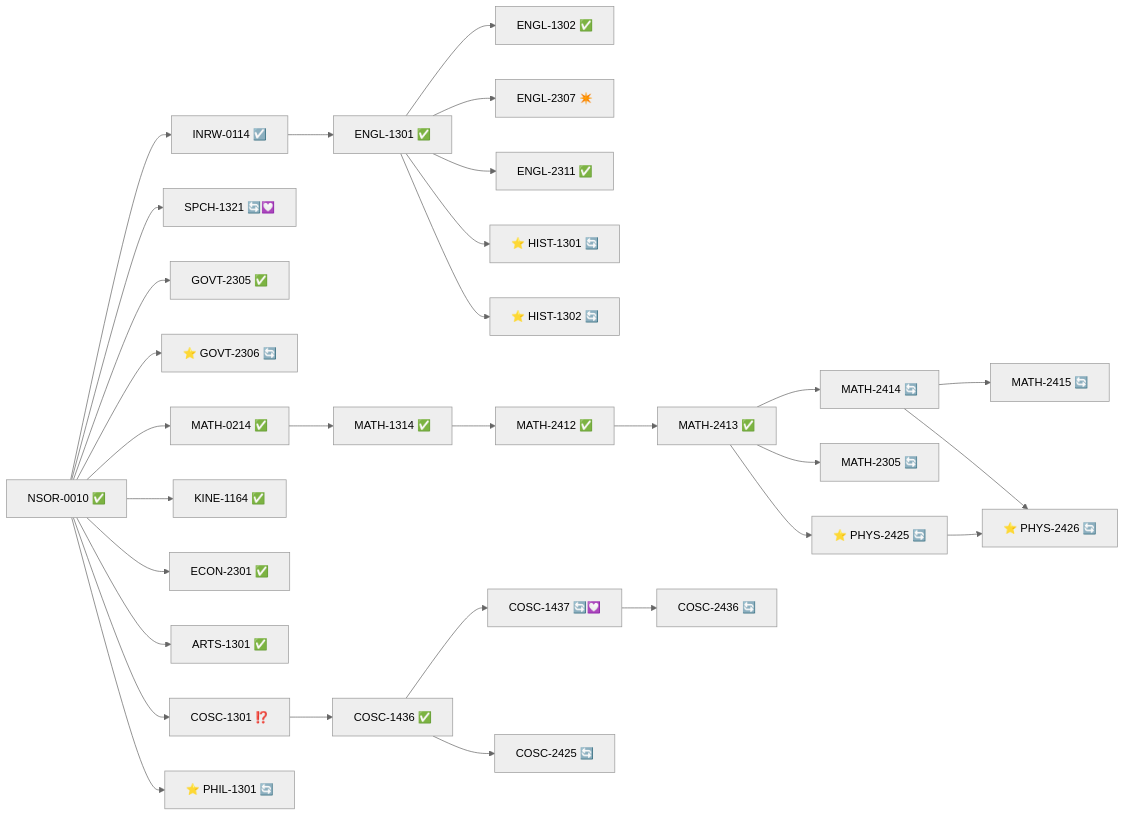
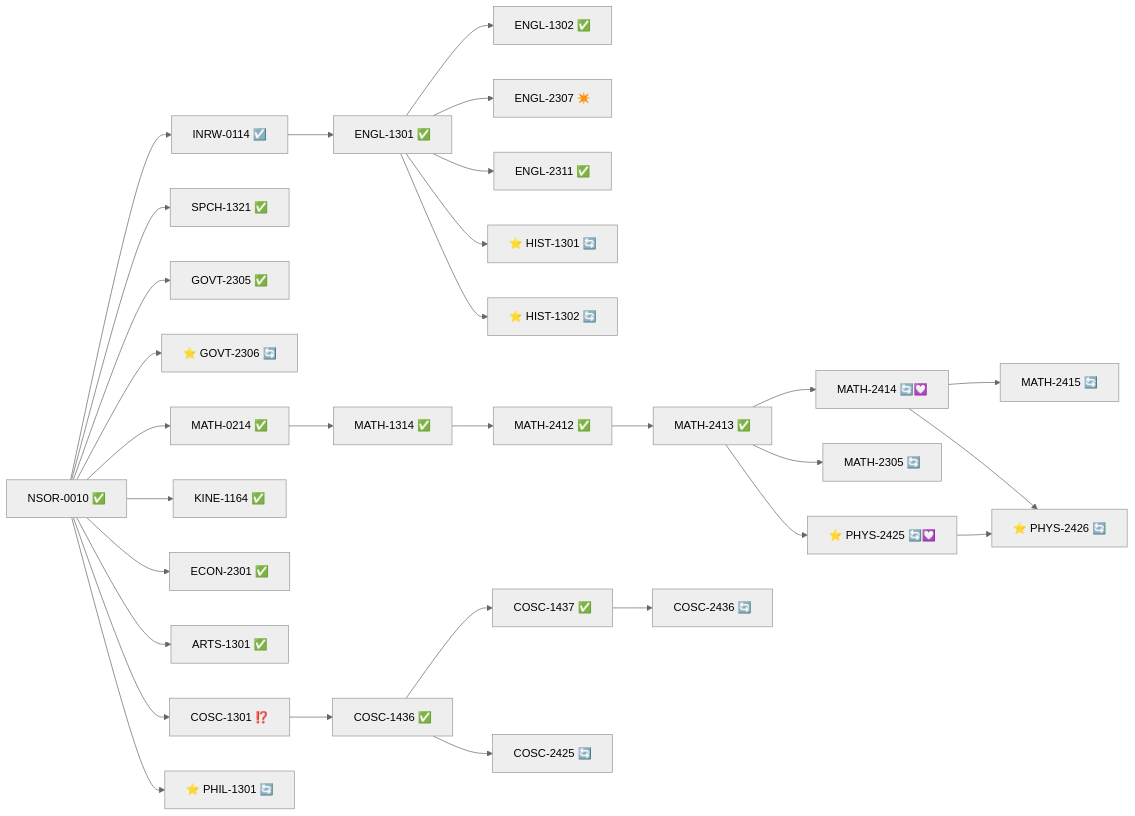
Before and after one commit to Oxymoron290/Oxymoron290: the first of 3 diagrams in DegreePlan.md, drawn with Mermaid (neutral theme).

Commit message:
Update SPCH-1321 and COSC-1437 statuses in DegreePlan

````diff
--- a/DegreePlan.md
+++ b/DegreePlan.md
@@ -21,22 +21,22 @@
 ```mermaid
 graph LR;
   A[NSOR-0010 ✅]
   A-->B0[INRW-0114 ☑️]-->B1[ENGL-1301 ✅]-->B2[ENGL-1302 ✅]
   B1-->B4[ENGL-2307 ✴️]
   B1-->B3[ENGL-2311 ✅]
   B1-->M1[⭐ HIST-1301 🔄]
   B1-->M2[⭐ HIST-1302 🔄]
-  A-->D[SPCH-1321 🔄💟]
+  A-->D[SPCH-1321 ✅]
   A-->E[GOVT-2305 ✅]
   A-->F[⭐ GOVT-2306 🔄]
   C5-->C7[MATH-2415 🔄]
-  A-->C1[MATH-0214 ✅]-->C2[MATH-1314 ✅]-->C3[MATH-2412 ✅]-->C4[MATH-2413 ✅]-->C5[MATH-2414 🔄]-->L2
+  A-->C1[MATH-0214 ✅]-->C2[MATH-1314 ✅]-->C3[MATH-2412 ✅]-->C4[MATH-2413 ✅]-->C5[MATH-2414 🔄💟]-->L2
   C4-->C6[MATH-2305 🔄]
-  C4-->L1[⭐ PHYS-2425 🔄]-->L2[⭐ PHYS-2426 🔄]
+  C4-->L1[⭐ PHYS-2425 🔄💟]-->L2[⭐ PHYS-2426 🔄]
   A-->G[KINE-1164 ✅]
   A-->H[ECON-2301 ✅]
   A-->I[ARTS-1301 ✅]
-  A-->J1[COSC-1301 ⁉️]-->J2[COSC-1436 ✅]-->J3[COSC-1437 🔄💟]-->J4[COSC-2436 🔄]
+  A-->J1[COSC-1301 ⁉️]-->J2[COSC-1436 ✅]-->J3[COSC-1437 ✅]-->J4[COSC-2436 🔄]
   J2-->J5[COSC-2425 🔄]
   A-->K[⭐ PHIL-1301 🔄]
 ```
````
